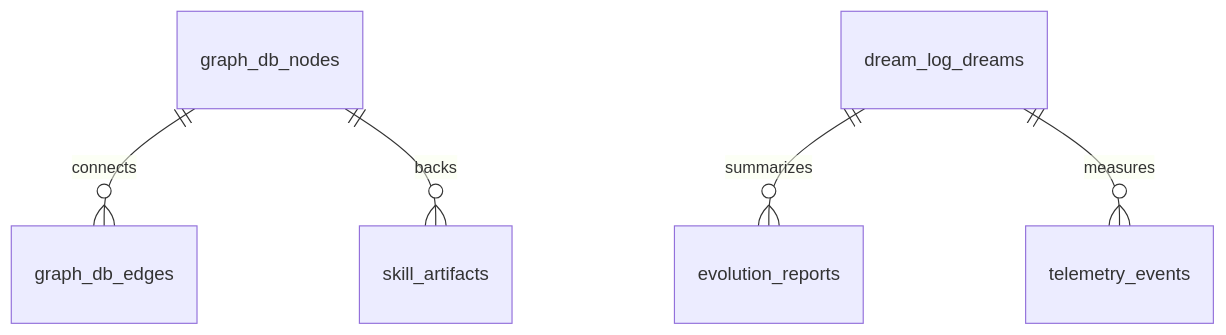
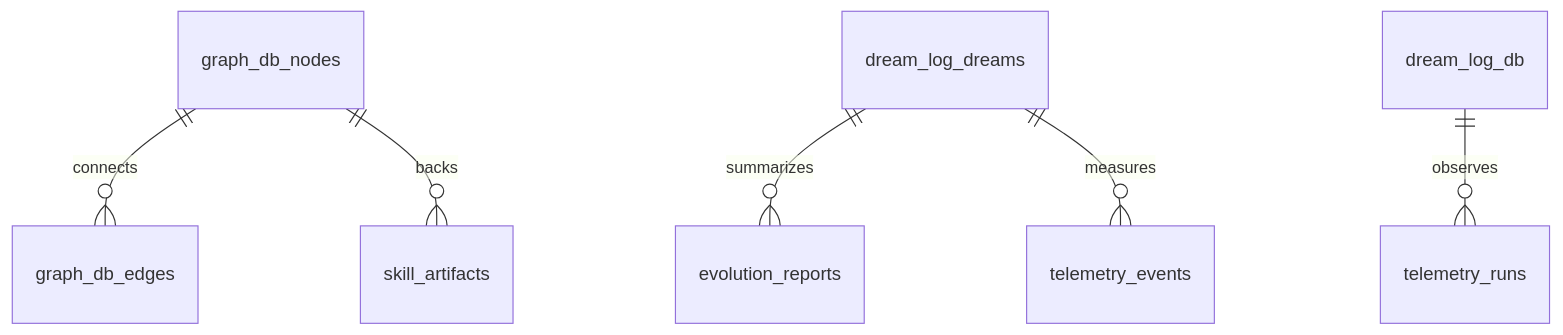
Before and after one commit to nianpangzhi233/Mnemosyne-AI-Memory: the third of 3 diagrams in docs/architecture.md, drawn with Mermaid. The commit also changed other lines of this file and 17 other files, not shown here.

````diff
--- a/docs/architecture.md
+++ b/docs/architecture.md
@@ -90,7 +100,8 @@
 ```mermaid
 erDiagram
     graph_db_nodes ||--o{ graph_db_edges : connects
     graph_db_nodes ||--o{ skill_artifacts : backs
     dream_log_dreams ||--o{ evolution_reports : summarizes
     dream_log_dreams ||--o{ telemetry_events : measures
+    dream_log_db ||--o{ telemetry_runs : observes
 ```
````
